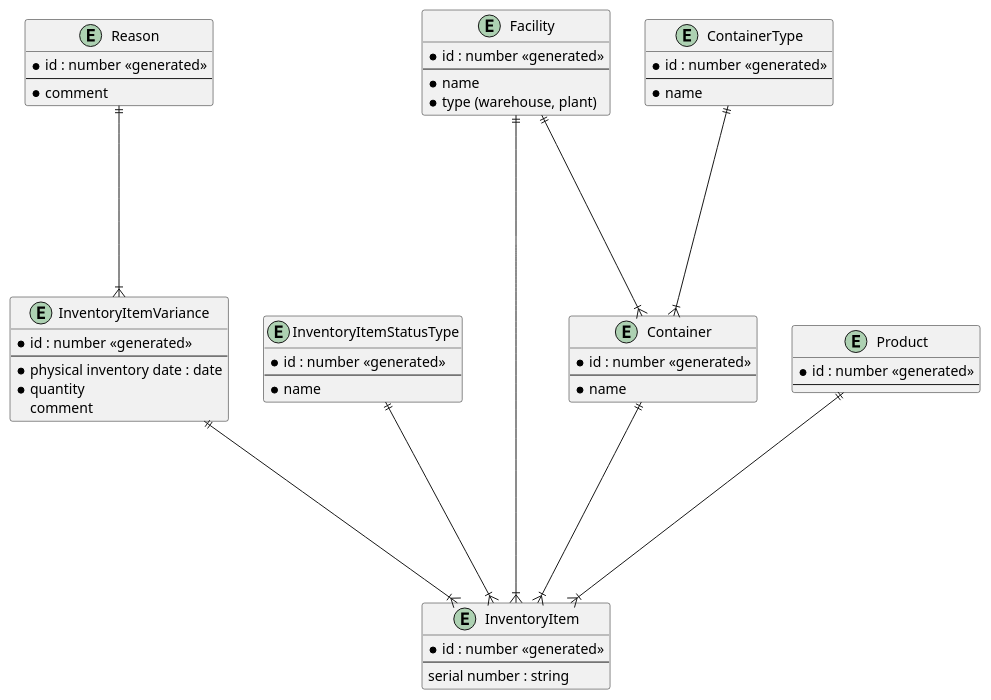
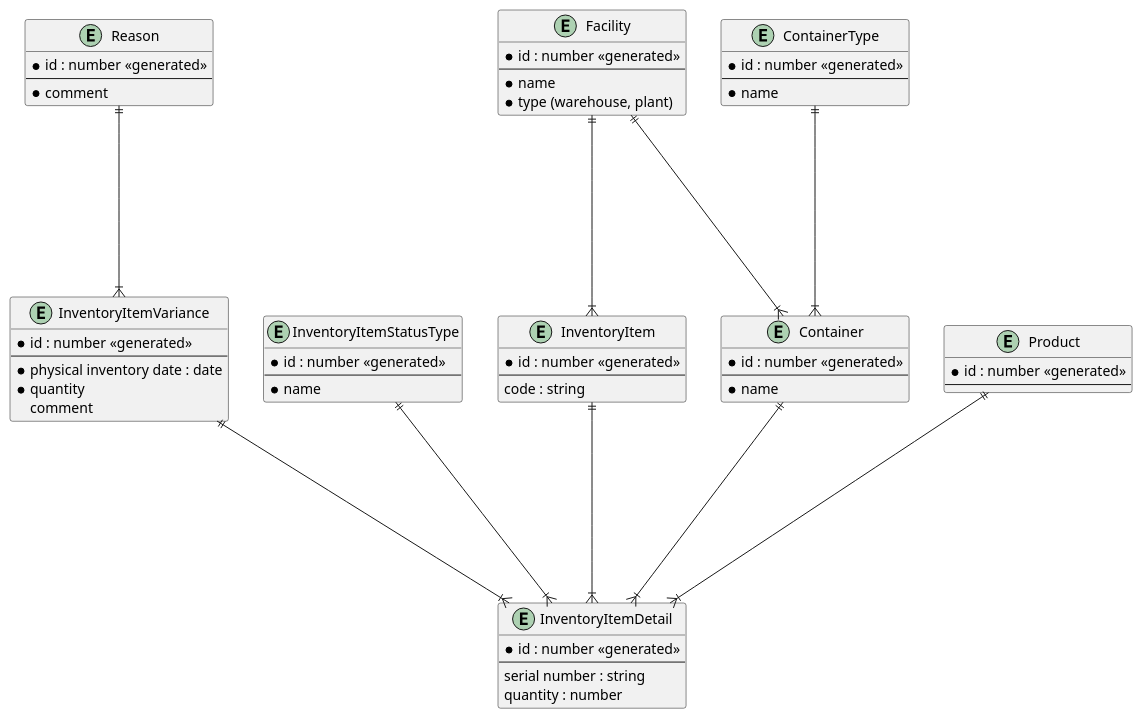
The diagram in docs/inventory.md (softrebel/lite-wms), drawn with PlantUML before and after one commit.

Commit message:
change inventory

````diff
--- a/docs/inventory.md
+++ b/docs/inventory.md
@@ -19,58 +19,65 @@
 ```plantuml
 @startuml
 entity InventoryItem {
     * id : number <<generated>>
     --
+    code : string
+}
+entity InventoryItemDetail {
+    * id : number <<generated>>
+    --
     serial number : string
+    quantity : number
 }
 entity InventoryItemVariance {
     * id : number <<generated>>
     --
     * physical inventory date : date
     * quantity
     comment
 }
 entity Reason {
     * id : number <<generated>>
     --
     * comment
 }
 entity InventoryItemStatusType {
     * id : number <<generated>>
     --
     * name
 }
 entity Container {
     * id : number <<generated>>
     --
     * name
 }
 entity ContainerType {
     * id : number <<generated>>
     --
     * name
 }
 entity Facility {
     * id : number <<generated>>
     --
     * name
     * type (warehouse, plant)
 }
 entity Product {
     * id : number <<generated>>
     --
 }
 
 
 
-InventoryItemStatusType ||----|{ InventoryItem
-InventoryItemVariance ||----|{ InventoryItem
-Container ||----|{ InventoryItem
+InventoryItemStatusType ||----|{ InventoryItemDetail
+InventoryItemVariance ||----|{ InventoryItemDetail
+Container ||----|{ InventoryItemDetail
 ContainerType ||----|{ Container
 Facility ||----|{ InventoryItem
 Facility ||----|{ Container
-Product ||----|{ InventoryItem
+Product ||----|{ InventoryItemDetail
 Reason ||----|{ InventoryItemVariance
+InventoryItem ||----|{ InventoryItemDetail
 @enduml
 
 ```
````
